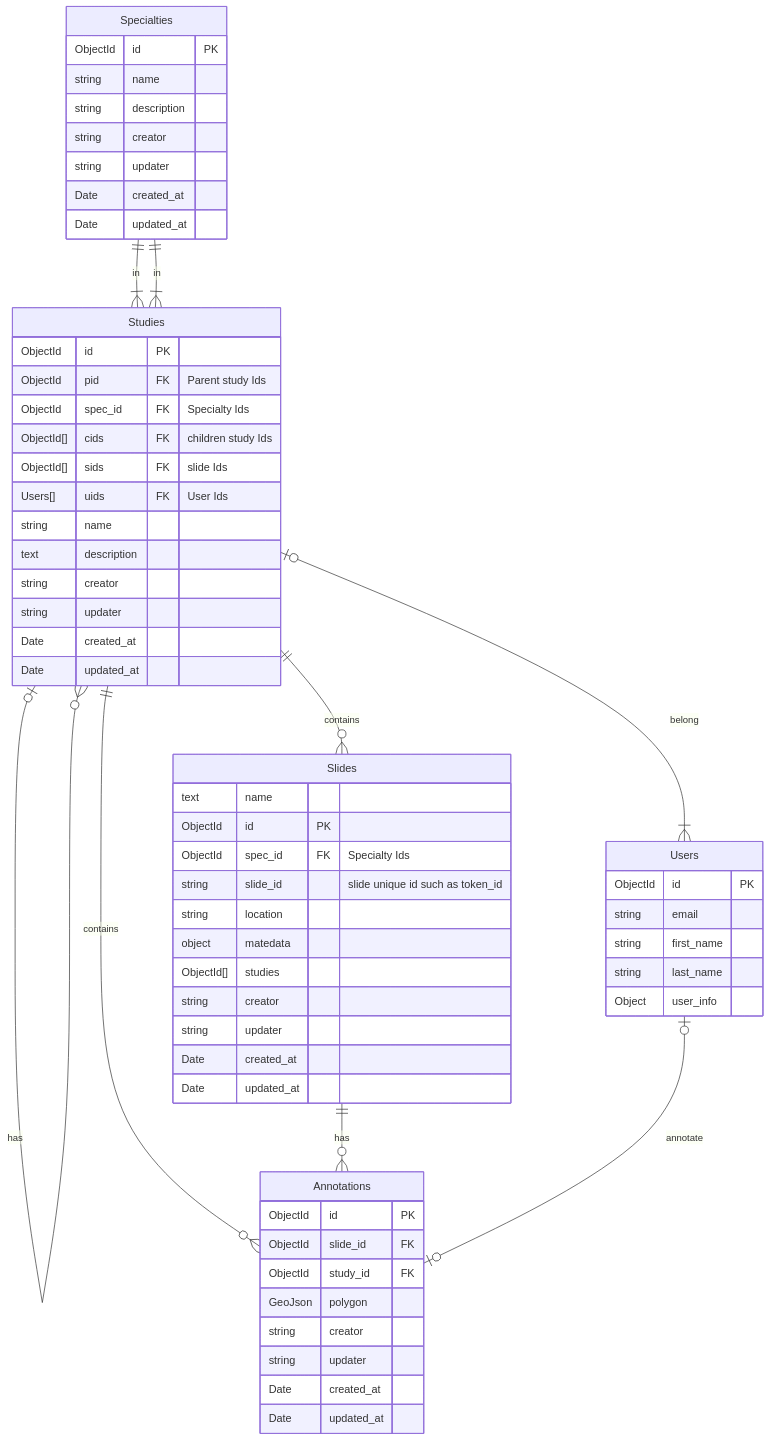
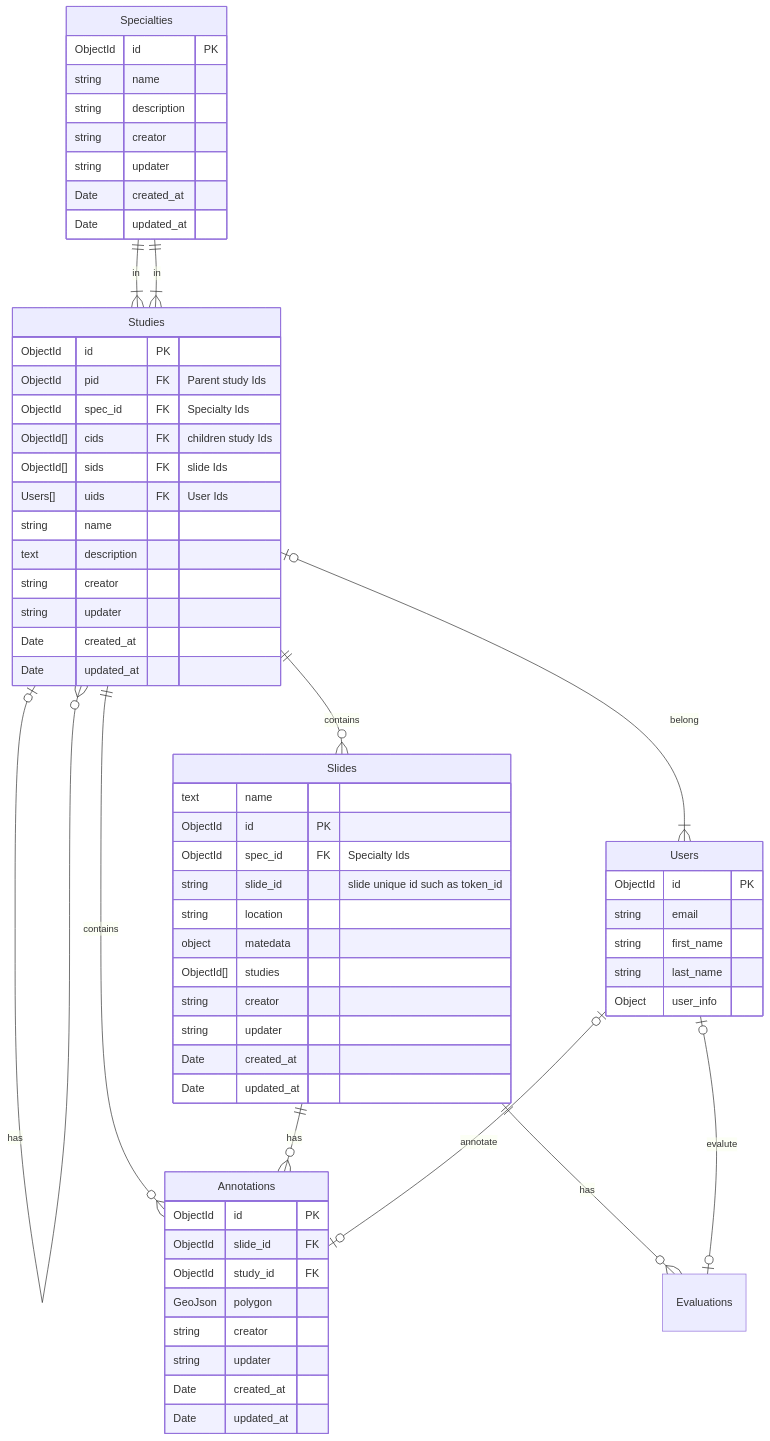
The diagram in README.md (nanli-emory/docs), drawn with Mermaid before and after one commit. The commit also changed other lines of this file, not shown here.

````diff
--- a/README.md
+++ b/README.md
@@ -4,73 +92,75 @@
 ```mermaid
 erDiagram
     Studies {
         ObjectId id PK
         ObjectId pid FK "Parent study Ids"
         ObjectId spec_id FK "Specialty Ids"
         ObjectId[] cids FK "children study Ids"
         ObjectId[] sids FK "slide Ids"
         Users[] uids FK  "User Ids"
         string name
         text description
         
         string creator
         string updater
         Date created_at
         Date updated_at
     }
 
     Slides {
         text name
         ObjectId id PK
         ObjectId spec_id FK "Specialty Ids"
         string slide_id "slide unique id such as token_id"
         
         string location 
         object matedata
         ObjectId[] studies
         string creator
         string updater
         Date created_at
         Date updated_at
         
     }
 
     Annotations {
         ObjectId id PK
         ObjectId slide_id FK
         ObjectId study_id FK 
         GeoJson polygon
         string creator
         string updater
         Date created_at
         Date updated_at  
 
     }
 
     Specialties {
         ObjectId id PK
         string name
         string description
         string creator
         string updater
         Date created_at
         Date updated_at
     }
 
     Users {
         ObjectId id PK
         string email
         string first_name
         string last_name
         Object user_info
     }
 
-    Studies o|--o{ Studies : has
-    Studies ||--o{ Slides : contains
-    Studies ||--o{ Annotations : contains
-    Studies o|--|{ Users : belong
-    Specialties ||--|{Studies  : in
-    Specialties ||--|{Studies  : in
-    Slides ||--o{ Annotations : has
+    Studies o|--o{ Studies: has
+    Studies ||--o{ Slides: contains
+    Studies ||--o{ Annotations: contains
+    Studies o|--|{ Users: belong
+    Specialties ||--|{Studies: in
+    Specialties ||--|{Studies: in
+    Slides ||--o{ Annotations: has
     Users  o|--o| Annotations: annotate
+    Slides ||--o{ Evaluations: has
+    Users  o|--o| Evaluations: evalute
 ```
````
